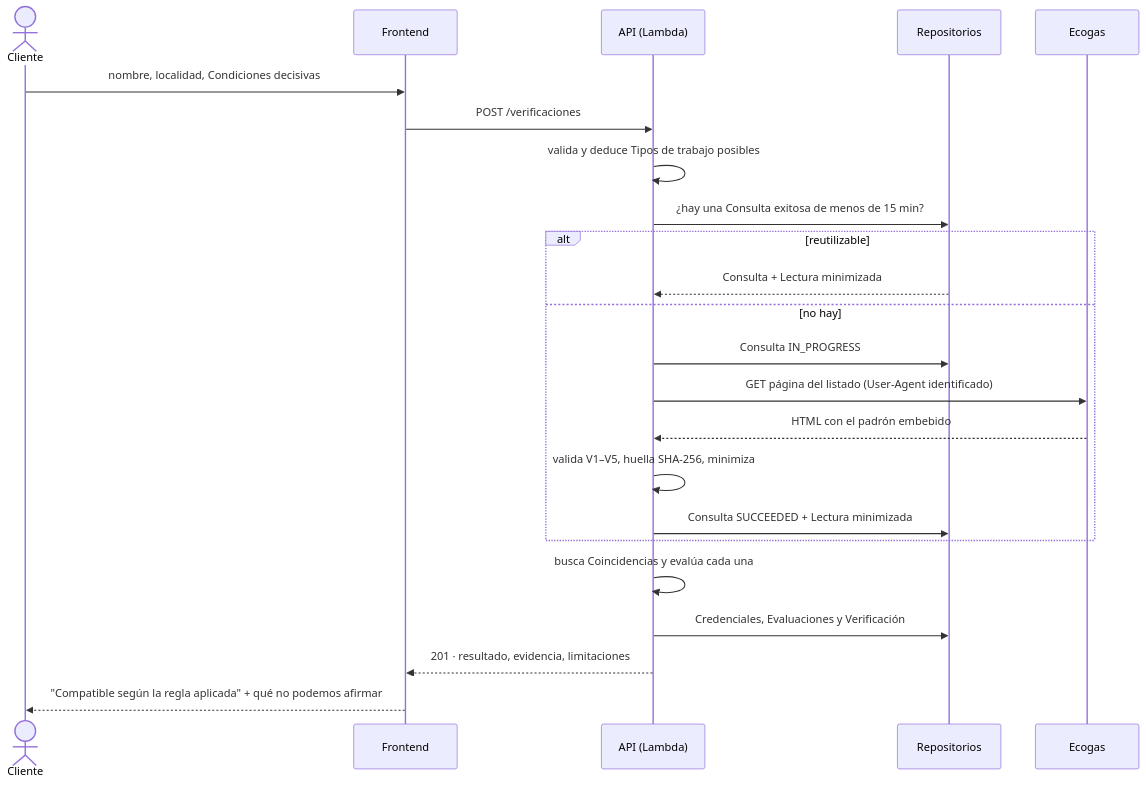
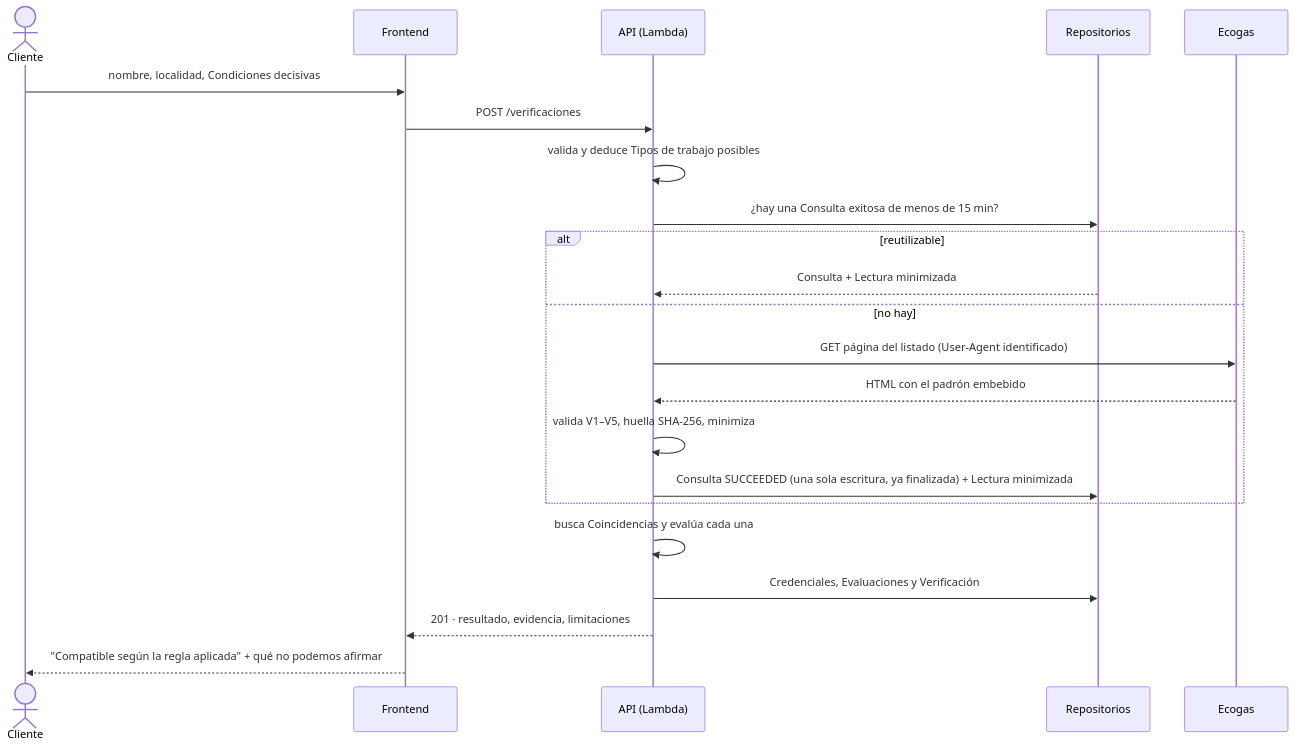
Before and after one commit to IvanDaniliuk01/MatriculAR: the third of 3 diagrams in docs/informe-final.md, drawn with Mermaid. The commit also changed other lines of this file and 8 other files, not shown here.

````diff
--- a/docs/informe-final.md
+++ b/docs/informe-final.md
@@ -293,25 +293,24 @@
 ```mermaid
 sequenceDiagram
     actor C as Cliente
     participant F as Frontend
     participant A as API (Lambda)
     participant R as Repositorios
     participant E as Ecogas
     C->>F: nombre, localidad, Condiciones decisivas
     F->>A: POST /verificaciones
     A->>A: valida y deduce Tipos de trabajo posibles
     A->>R: ¿hay una Consulta exitosa de menos de 15 min?
     alt reutilizable
         R-->>A: Consulta + Lectura minimizada
     else no hay
-        A->>R: Consulta IN_PROGRESS
         A->>E: GET página del listado (User-Agent identificado)
         E-->>A: HTML con el padrón embebido
         A->>A: valida V1–V5, huella SHA-256, minimiza
-        A->>R: Consulta SUCCEEDED + Lectura minimizada
+        A->>R: Consulta SUCCEEDED (una sola escritura, ya finalizada) + Lectura minimizada
     end
     A->>A: busca Coincidencias y evalúa cada una
     A->>R: Credenciales, Evaluaciones y Verificación
     A-->>F: 201 · resultado, evidencia, limitaciones
     F-->>C: "Compatible según la regla aplicada" + qué no podemos afirmar
 ```
````
